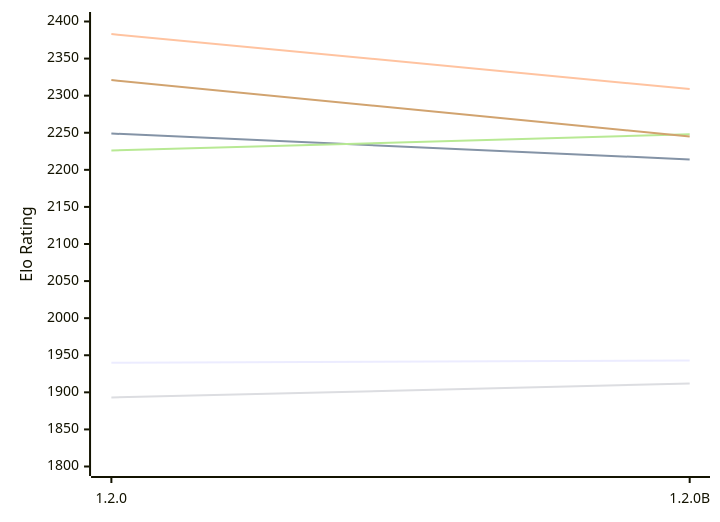
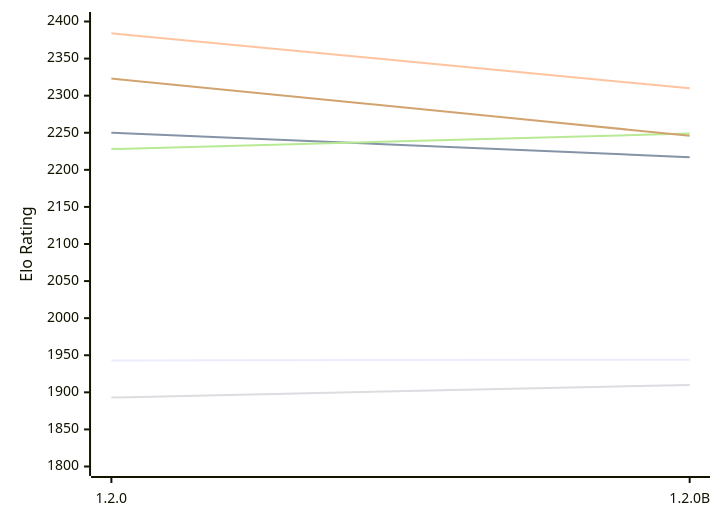
One commit to computer-chess-index/cci changed the first of 2 diagrams in engines/Soomi.md. Above: the diagram before and after it, drawn with Mermaid. The commit also changed other lines of this file, not shown here.

Commit message:
Update CCI Ratings (ELO VLTC) - 2026-11-19

````diff
--- a/engines/Soomi.md
+++ b/engines/Soomi.md
@@ -53,12 +53,12 @@
 ```mermaid
 %%{init: {"theme":"base","themeVariables":{"seriesColors:['#a3a3a3','#222221','#faa371']}}}%%
 xychart-beta
   x-axis ["1.2.0", "1.2.0B"]
   y-axis "Elo Rating" 1800 --> 2400
-  line "E1: STC (8.0+0.08s)" [1940, 1943]
-  line "E1: LTC (60.0+0.60s)" [2249, 2214]
-  line "E1: VLTC (2m24s+1.12s)" [2383, 2309]
-  line "P1: STC (8.0+0.08s)" [1893, 1912]
-  line "P1: LTC (60.0+0.60s)" [2226, 2248]
-  line "P1: VLTC (2m24s+1.12s)" [2321, 2245]
+  line "E1: STC (8.0+0.08s)" [1943, 1944]
+  line "E1: LTC (60.0+0.60s)" [2250, 2217]
+  line "E1: VLTC (2m24s+1.12s)" [2384, 2310]
+  line "P1: STC (8.0+0.08s)" [1893, 1910]
+  line "P1: LTC (60.0+0.60s)" [2228, 2249]
+  line "P1: VLTC (2m24s+1.12s)" [2323, 2246]
 ```
````
